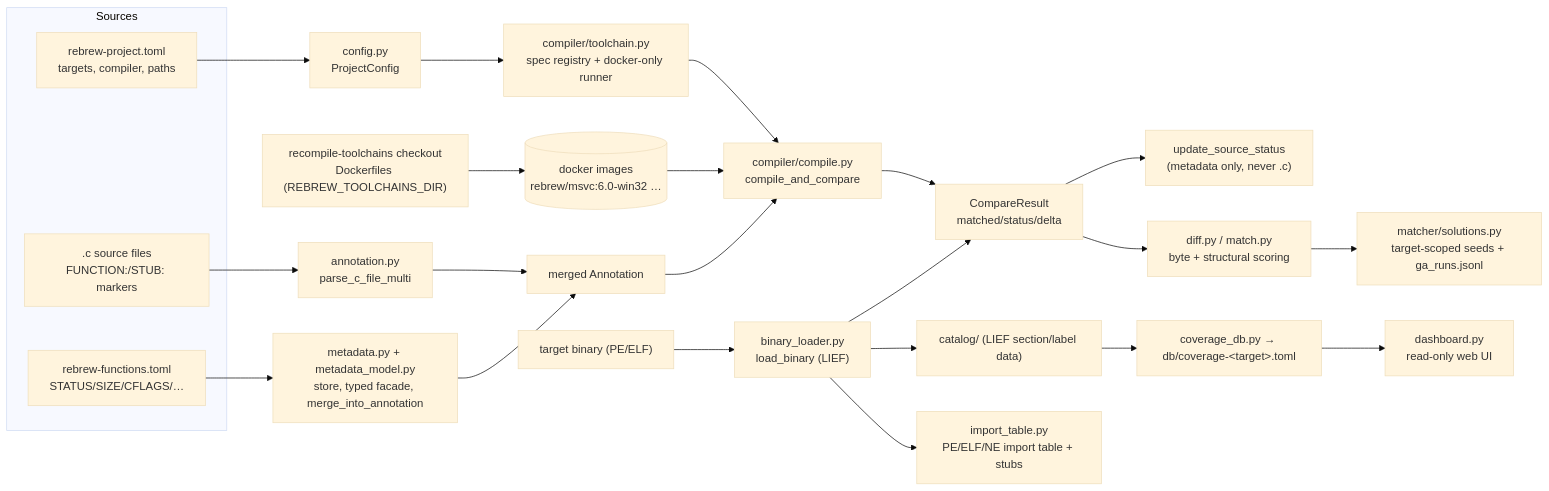
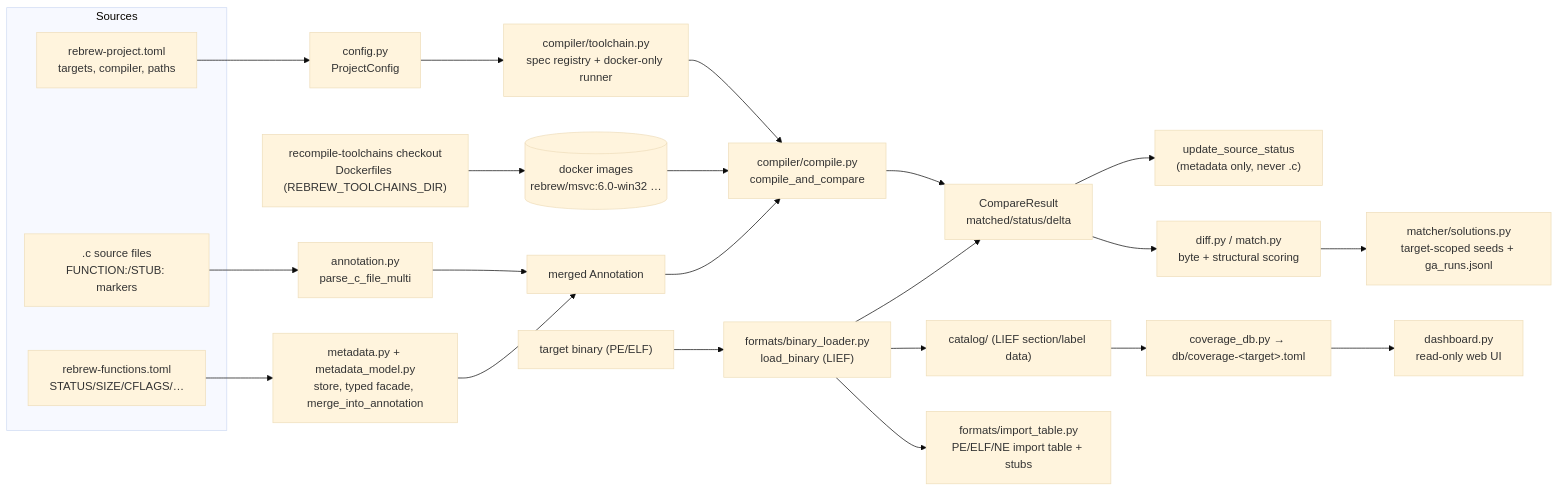
Before and after one commit to maci0/rebrew: the diagram in docs/ARCHITECTURE.md, drawn with Mermaid (base theme). The commit also changed other lines of this file and 207 other files, not shown here.

First line of the commit message:
move binary format parsers into rebrew.formats

````diff
--- a/docs/ARCHITECTURE.md
+++ b/docs/ARCHITECTURE.md
@@ -30,35 +30,35 @@
 ```mermaid
 flowchart LR
     subgraph Sources
         C[".c source files<br/>FUNCTION:/STUB: markers"]
         TOML["rebrew-project.toml<br/>targets, compiler, paths"]
         META["rebrew-functions.toml<br/>STATUS/SIZE/CFLAGS/…"]
     end
 
     C --> ANNOT["annotation.py<br/>parse_c_file_multi"]
     META --> FACADE["metadata.py + metadata_model.py<br/>store, typed facade, merge_into_annotation"]
     TOML --> CFG["config.py<br/>ProjectConfig"]
 
     ANNOT --> MERGED["merged Annotation"]
     FACADE --> MERGED
 
     CFG --> TOOLCHAIN["compiler/toolchain.py<br/>spec registry + docker-only runner"]
     RT["recompile-toolchains checkout<br/>Dockerfiles (REBREW_TOOLCHAINS_DIR)"] --> IMG[("docker images<br/>rebrew/msvc:6.0-win32 …")]
     TOOLCHAIN --> COMPILE["compiler/compile.py<br/>compile_and_compare"]
     IMG --> COMPILE
 
-    BIN["target binary (PE/ELF)"] --> LOAD["binary_loader.py<br/>load_binary (LIEF)"]
+    BIN["target binary (PE/ELF)"] --> LOAD["formats/binary_loader.py<br/>load_binary (LIEF)"]
     MERGED --> COMPILE
     COMPILE --> CMP["CompareResult<br/>matched/status/delta"]
     LOAD --> CMP
 
     CMP --> STATUS["update_source_status<br/>(metadata only, never .c)"]
     CMP --> DIFF["diff.py / match.py<br/>byte + structural scoring"]
 
     LOAD --> CATALOG["catalog/ (LIEF section/label data)"]
     CATALOG --> DB["coverage_db.py → db/coverage-&lt;target&gt;.toml"]
     DB --> DASH["dashboard.py<br/>read-only web UI"]
 
-    LOAD --> IMPORTS["import_table.py<br/>PE/ELF/NE import table + stubs"]
+    LOAD --> IMPORTS["formats/import_table.py<br/>PE/ELF/NE import table + stubs"]
     DIFF --> SOL["matcher/solutions.py<br/>target-scoped seeds + ga_runs.jsonl"]
 ```
````
